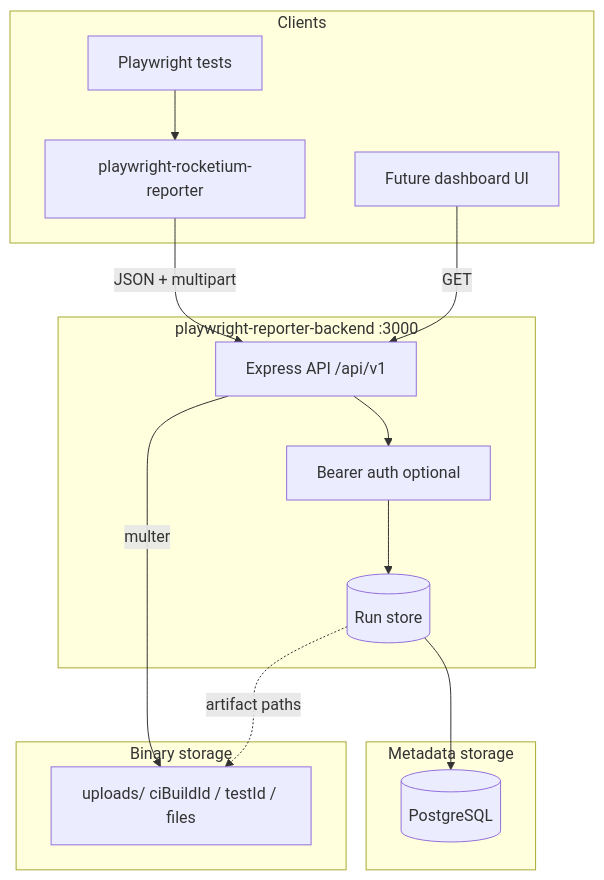
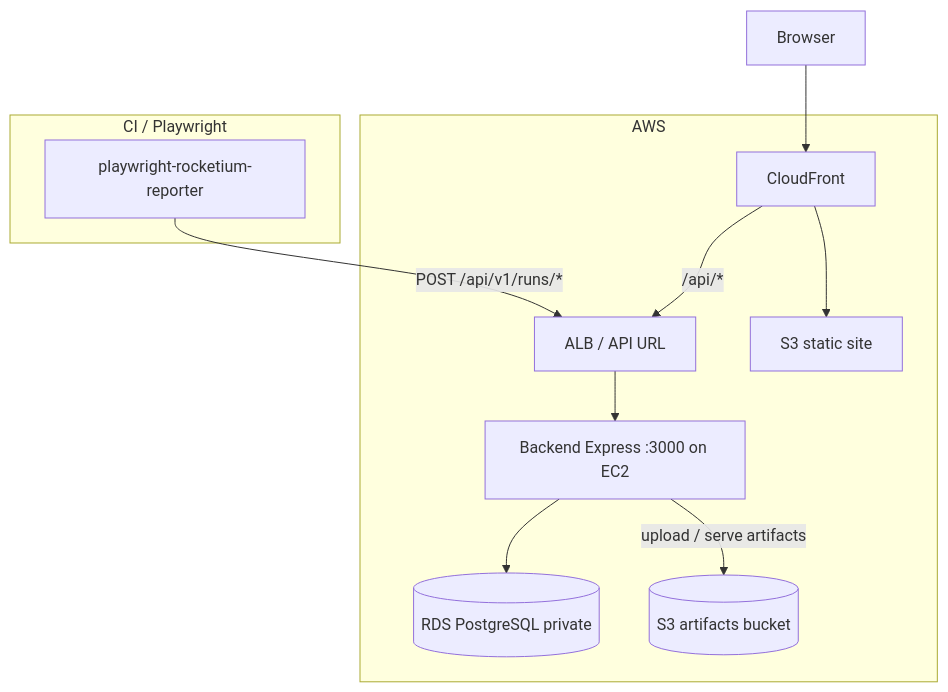
Before and after one commit to rahulchaurasiya-beep/playwright-test-reporter-backend: the first of 5 diagrams in README.md, drawn with Mermaid. The commit also changed other lines of this file and 3 other files, not shown here.

First line of the commit message:
Update README with AWS deployment architecture and sanitize env example.

````diff
--- a/README.md
+++ b/README.md
@@ -11,30 +13,23 @@
 ```mermaid
 flowchart TB
-  subgraph clients["Clients"]
-    PW[Playwright tests]
+  subgraph ci["CI / Playwright"]
     R[playwright-rocketium-reporter]
-    UI[Future dashboard UI]
   end
 
-  subgraph backend["playwright-reporter-backend :3000"]
-    API[Express API /api/v1]
-    AUTH[Bearer auth optional]
-    STORE[(Run store)]
+  subgraph aws["AWS"]
+    ALB[ALB / API URL]
+    BE[Backend Express :3000 on EC2]
+    RDS[(RDS PostgreSQL private)]
+    S3[(S3 artifacts bucket)]
+    CF[CloudFront]
+    UI[S3 static site]
   end
 
-  subgraph metadata["Metadata storage"]
-    PG[(PostgreSQL)]
-  end
-
-  subgraph files["Binary storage"]
-    UP[uploads/ ciBuildId / testId / files]
-  end
-
-  PW --> R
-  R -->|JSON + multipart| API
-  UI -->|GET| API
-  API --> AUTH --> STORE
-  STORE --> PG
-  API -->|multer| UP
-  STORE -.->|artifact paths| UP
+  R -->|POST /api/v1/runs/*| ALB
+  ALB --> BE
+  BE --> RDS
+  BE -->|upload / serve artifacts| S3
+  Browser --> CF
+  CF --> UI
+  CF -->|/api/*| ALB
 ```
````
